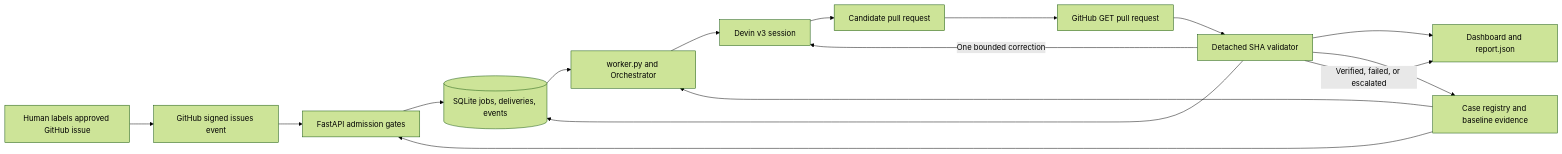
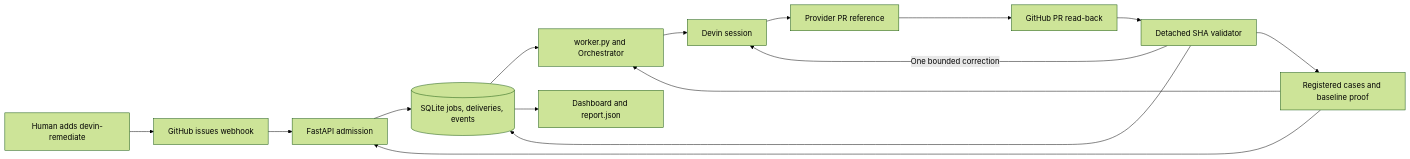
One commit to dheeraj5612/devin-remediation-platform changed the first of 2 diagrams in docs/app-walkthrough.md. Above: the diagram before and after it, drawn with Mermaid (forest theme). The commit also changed other lines of this file, not shown here.

````diff
--- a/docs/app-walkthrough.md
+++ b/docs/app-walkthrough.md
@@ -38,18 +45,17 @@
-```mermaid
+~~~mermaid
 flowchart LR
-    H[Human labels approved GitHub issue] --> G[GitHub signed issues event]
-    G --> A[FastAPI admission gates]
-    A --> S[(SQLite jobs, deliveries, events)]
-    S --> W[worker.py and Orchestrator]
-    W --> D[Devin v3 session]
-    D --> P[Candidate pull request]
-    P --> GH[GitHub GET pull request]
+    H[Human adds devin-remediate] --> G[GitHub issues webhook]
+    G --> A[FastAPI admission]
+    A --> DB[(SQLite jobs, deliveries, events)]
+    DB --> O[worker.py and Orchestrator]
+    O --> D[Devin session]
+    D --> P[Provider PR reference]
+    P --> GH[GitHub PR read-back]
     GH --> V[Detached SHA validator]
-    V --> S
-    V --> R[Dashboard and report.json]
-    C[Case registry and baseline evidence] --> A
-    C --> W
-    V --> C
+    V --> DB
+    DB --> UI[Dashboard and report.json]
+    R[Registered cases and baseline proof] --> A
+    R --> O
+    V --> R
     V -->|One bounded correction| D
-    V -->|Verified, failed, or escalated| R
-```
+~~~
````
